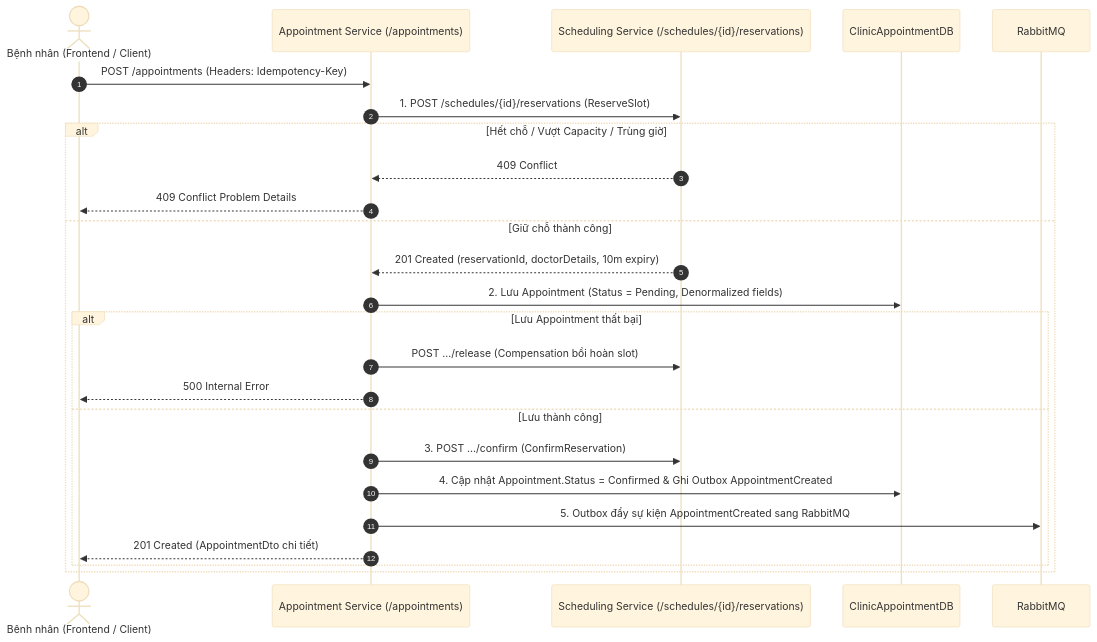
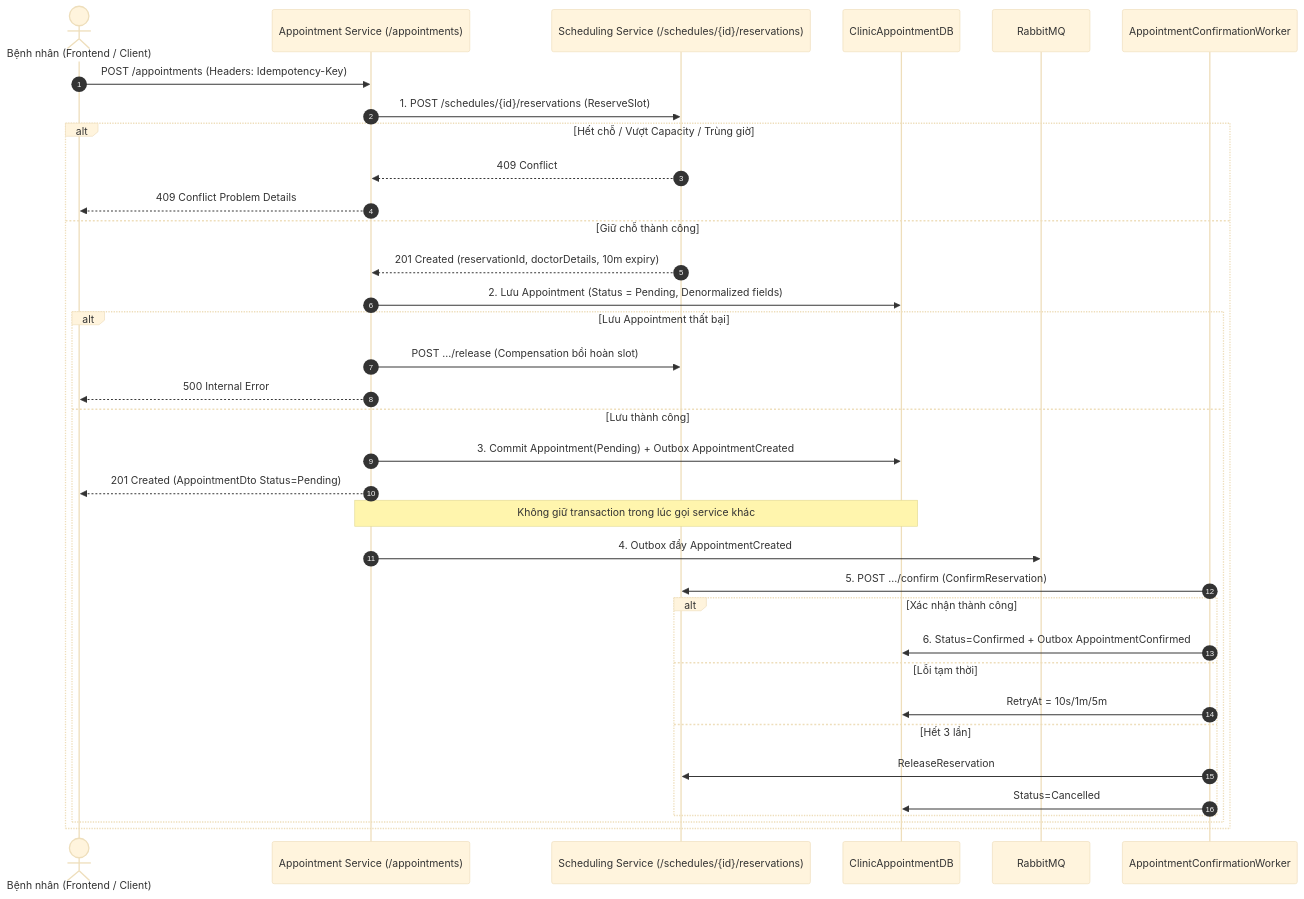
The fourth of 6 diagrams in tasks/PHASE_3_APPOINTMENT_SERVICE_EXECUTION_PLAN_MEMBER_A.md (Cuong190105/Clinic_Appointment_Booking_Queue_Management_System), drawn with Mermaid (base theme) before and after one commit. The commit also changed other lines of this file and 59 other files, not shown here.

````diff
--- a/tasks/PHASE_3_APPOINTMENT_SERVICE_EXECUTION_PLAN_MEMBER_A.md
+++ b/tasks/PHASE_3_APPOINTMENT_SERVICE_EXECUTION_PLAN_MEMBER_A.md
@@ -207,28 +207,38 @@
 ```mermaid
 sequenceDiagram
     autonumber
     actor Patient as Bệnh nhân (Frontend / Client)
     participant AppAPI as Appointment Service (/appointments)
     participant SchedAPI as Scheduling Service (/schedules/{id}/reservations)
     participant AppDB as ClinicAppointmentDB
     participant Broker as RabbitMQ
+    participant Worker as AppointmentConfirmationWorker
 
     Patient->>AppAPI: POST /appointments (Headers: Idempotency-Key)
     AppAPI->>SchedAPI: 1. POST /schedules/{id}/reservations (ReserveSlot)
     alt Hết chỗ / Vượt Capacity / Trùng giờ
         SchedAPI-->>AppAPI: 409 Conflict
         AppAPI-->>Patient: 409 Conflict Problem Details
     else Giữ chỗ thành công
         SchedAPI-->>AppAPI: 201 Created (reservationId, doctorDetails, 10m expiry)
         AppAPI->>AppDB: 2. Lưu Appointment (Status = Pending, Denormalized fields)
         alt Lưu Appointment thất bại
             AppAPI->>SchedAPI: POST .../release (Compensation bồi hoàn slot)
             AppAPI-->>Patient: 500 Internal Error
         else Lưu thành công
-            AppAPI->>SchedAPI: 3. POST .../confirm (ConfirmReservation)
-            AppAPI->>AppDB: 4. Cập nhật Appointment.Status = Confirmed & Ghi Outbox AppointmentCreated
-            AppAPI->>Broker: 5. Outbox đẩy sự kiện AppointmentCreated sang RabbitMQ
-            AppAPI-->>Patient: 201 Created (AppointmentDto chi tiết)
+            AppAPI->>AppDB: 3. Commit Appointment(Pending) + Outbox AppointmentCreated
+            AppAPI-->>Patient: 201 Created (AppointmentDto Status=Pending)
+            Note over AppAPI,AppDB: Không giữ transaction trong lúc gọi service khác
+            AppAPI->>Broker: 4. Outbox đẩy AppointmentCreated
+            Worker->>SchedAPI: 5. POST .../confirm (ConfirmReservation)
+            alt Xác nhận thành công
+                Worker->>AppDB: 6. Status=Confirmed + Outbox AppointmentConfirmed
+            else Lỗi tạm thời
+                Worker->>AppDB: RetryAt = 10s/1m/5m
+            else Hết 3 lần
+                Worker->>SchedAPI: ReleaseReservation
+                Worker->>AppDB: Status=Cancelled
+            end
         end
     end
 ```
````
